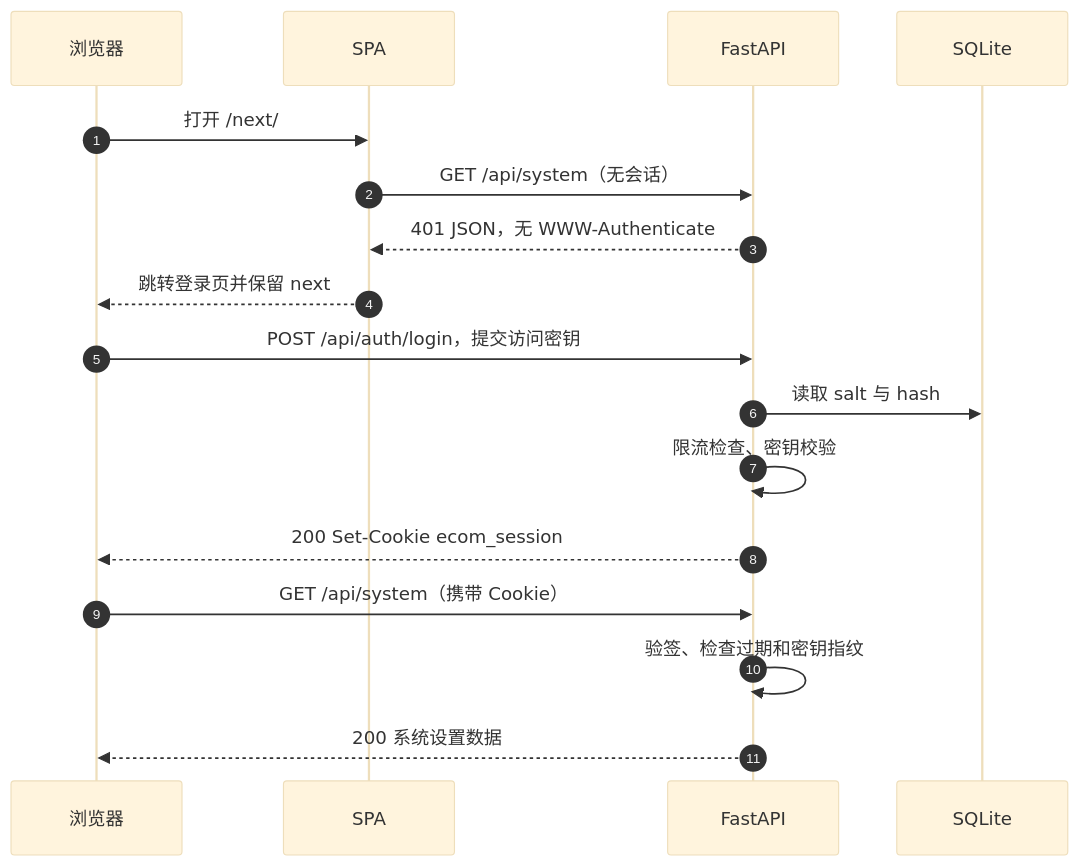
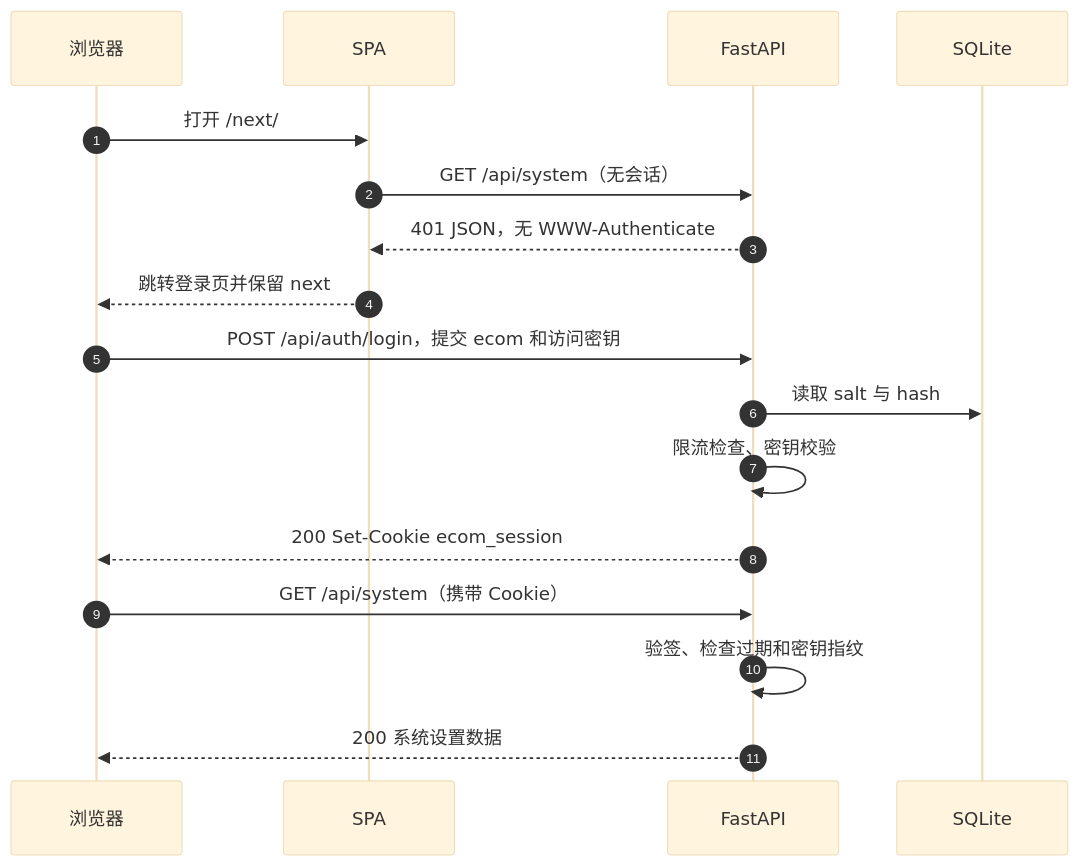
The first of 3 diagrams in docs/43-访问密钥登录与会话认证设计.md (xuchaoxin1375/ai-ecom-crawler), drawn with Mermaid (base theme) before and after one commit. The commit also changed other lines of this file and 21 other files, not shown here.

````diff
--- a/docs/43-访问密钥登录与会话认证设计.md
+++ b/docs/43-访问密钥登录与会话认证设计.md
@@ -58,19 +58,19 @@
 ```mermaid
 sequenceDiagram
     autonumber
     participant B as 浏览器
     participant S as SPA
     participant A as FastAPI
     participant D as SQLite
     B->>S: 打开 /next/#/settings
     S->>A: GET /api/system（无会话）
     A-->>S: 401 JSON，无 WWW-Authenticate
     S-->>B: 跳转登录页并保留 next
-    B->>A: POST /api/auth/login，提交访问密钥
+    B->>A: POST /api/auth/login，提交 ecom 和访问密钥
     A->>D: 读取 salt 与 hash
     A->>A: 限流检查、密钥校验
     A-->>B: 200 Set-Cookie ecom_session
     B->>A: GET /api/system（携带 Cookie）
     A->>A: 验签、检查过期和密钥指纹
     A-->>B: 200 系统设置数据
 ```
````
